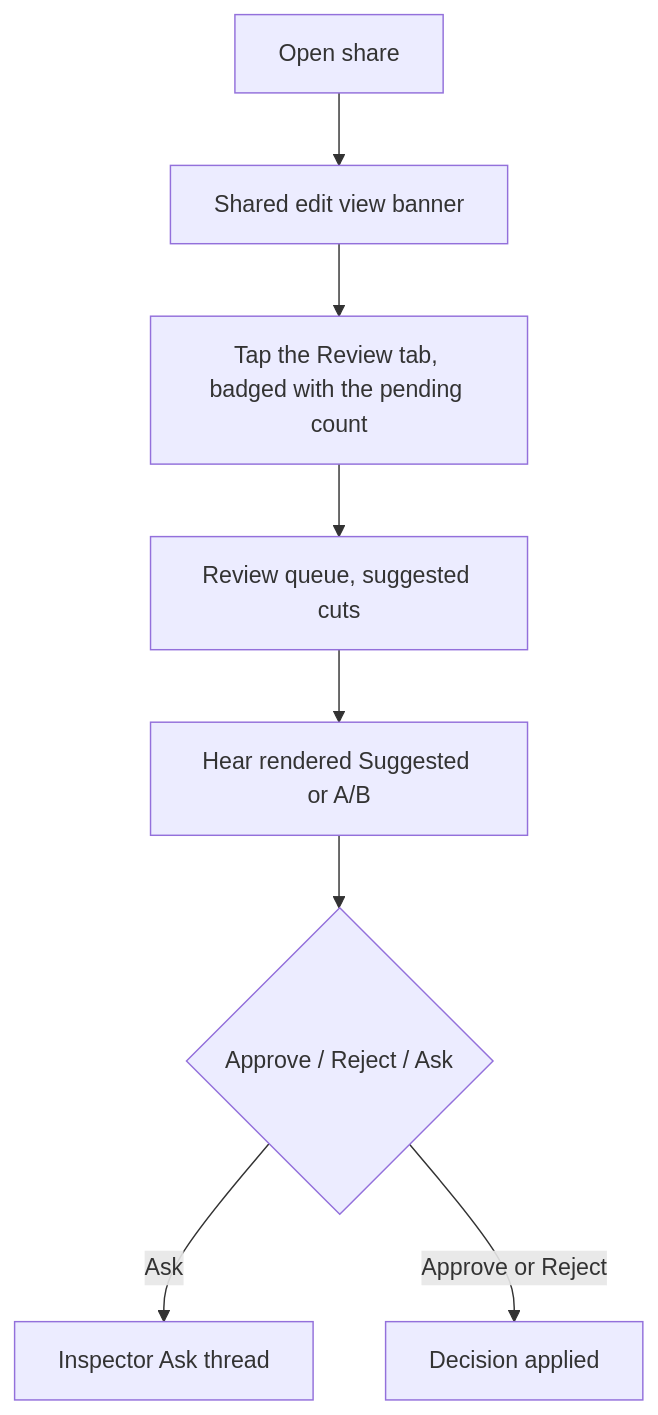
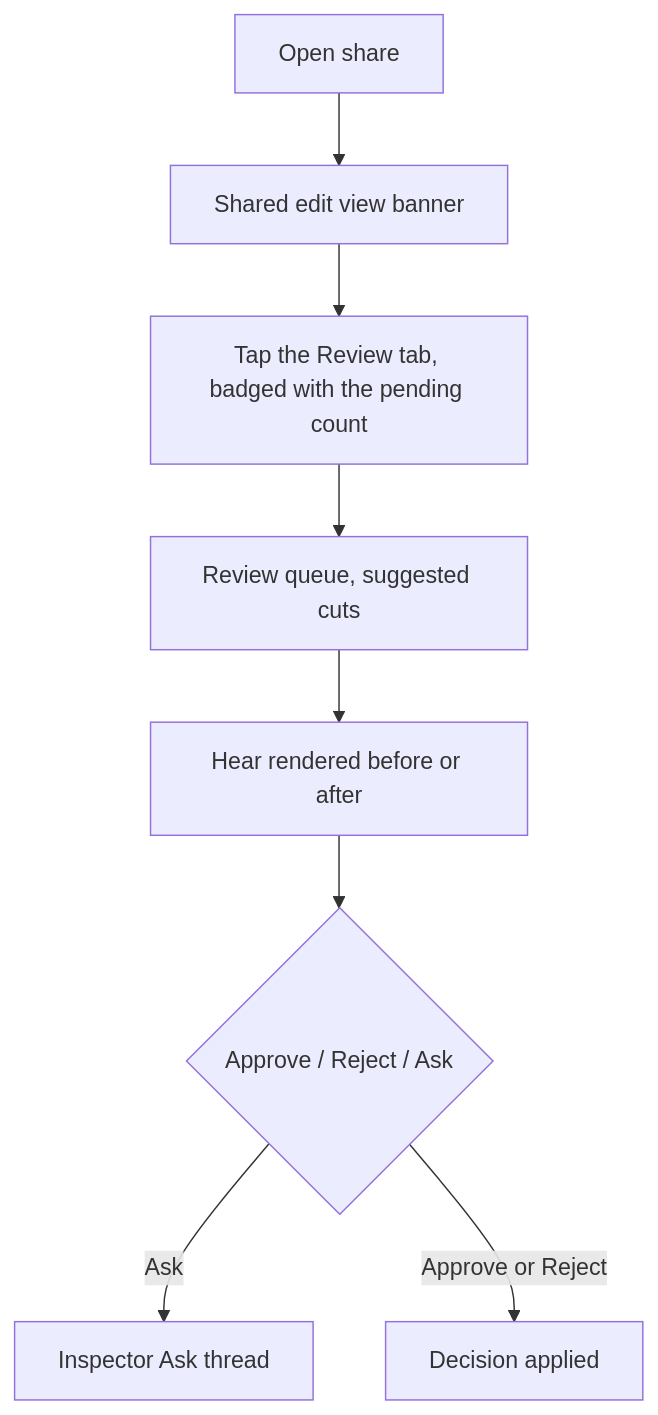
The third of 6 diagrams in ux/pages/guest-journeys.md (calebn/sharecut-studio), drawn with Mermaid before and after one commit. The commit also changed other lines of this file and 8 other files, not shown here.

````diff
--- a/ux/pages/guest-journeys.md
+++ b/ux/pages/guest-journeys.md
@@ -96,10 +96,10 @@
 ```mermaid
 flowchart TD
   open[Open share] --> banner[Shared edit view banner]
   banner --> chip[Tap the Review tab, badged with the pending count]
   chip --> tl[Review queue, suggested cuts]
-  tl --> audition[Hear rendered Suggested or A/B]
+  tl --> audition[Hear rendered before or after]
   audition --> decide{Approve / Reject / Ask}
   decide -->|Ask| thread[Inspector Ask thread]
   decide -->|Approve or Reject| done[Decision applied]
 ```
````
